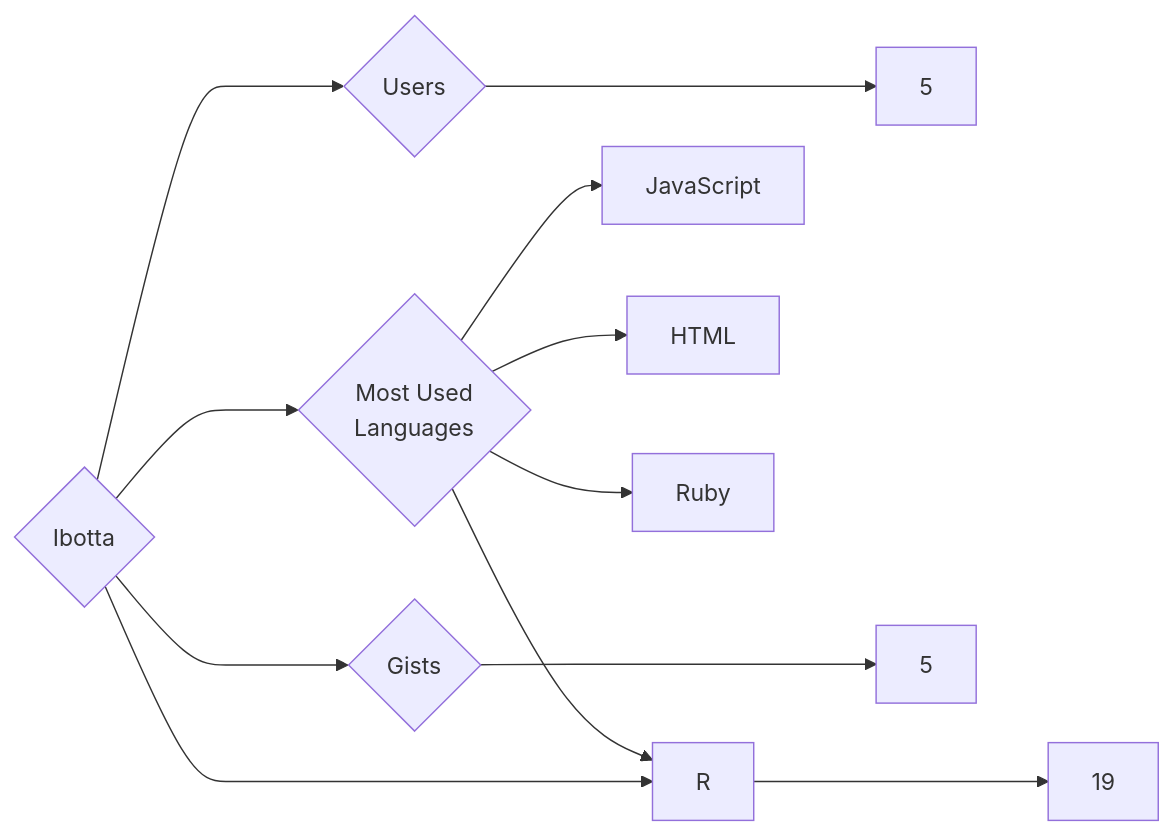
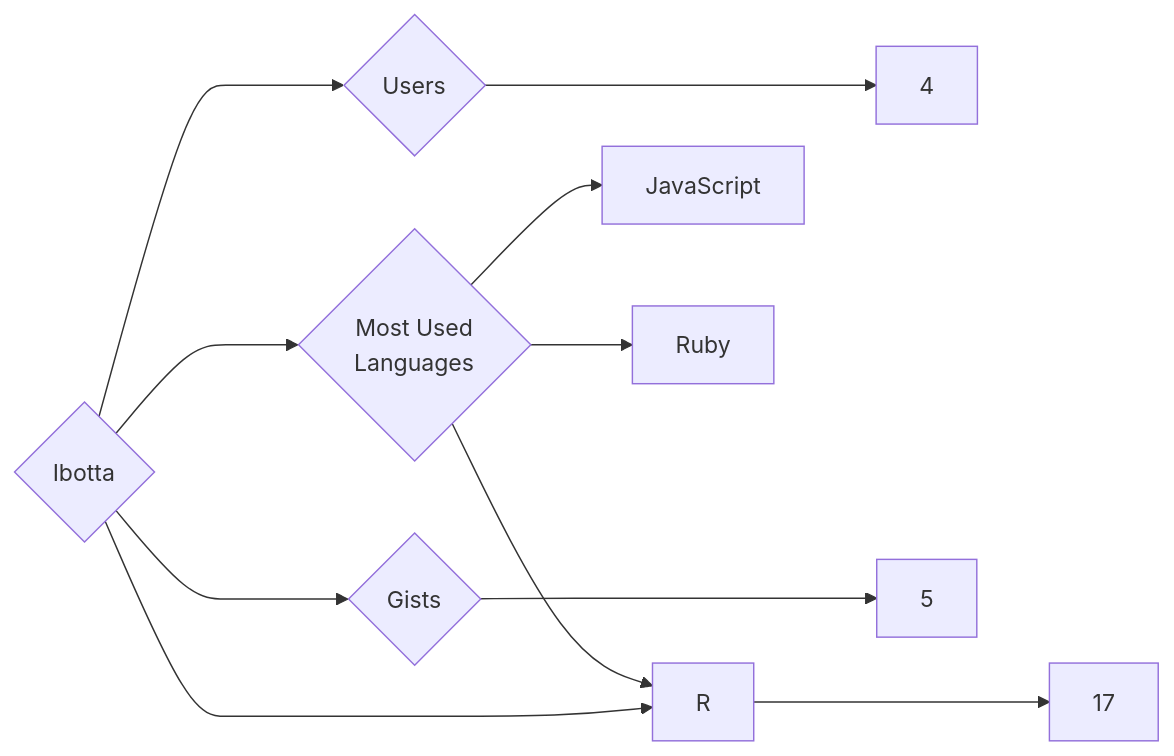
The diagram in targets/Ibotta/README.md (trickest/insiders), drawn with Mermaid before and after one commit. The commit also changed 1036 other files, not shown here.

````diff
--- a/targets/Ibotta/README.md
+++ b/targets/Ibotta/README.md
@@ -3,12 +3,11 @@
 ```mermaid
 graph LR
 COMPANY_NAME{Ibotta}
-COMPANY_NAME ---> U{Users} ---> UN[5]
-COMPANY_NAME ---> R{Repositories} ---> RN[19]
+COMPANY_NAME ---> U{Users} ---> UN[4]
+COMPANY_NAME ---> R{Repositories} ---> RN[17]
 COMPANY_NAME ---> G{Gists} ---> GN[5]
 COMPANY_NAME ---> ML{Most Used<br>Languages}
 ML --> JavaScript[JavaScript]
-ML --> HTML[HTML]
 ML --> Ruby[Ruby]
 ML --> R[R]
 ```
````
